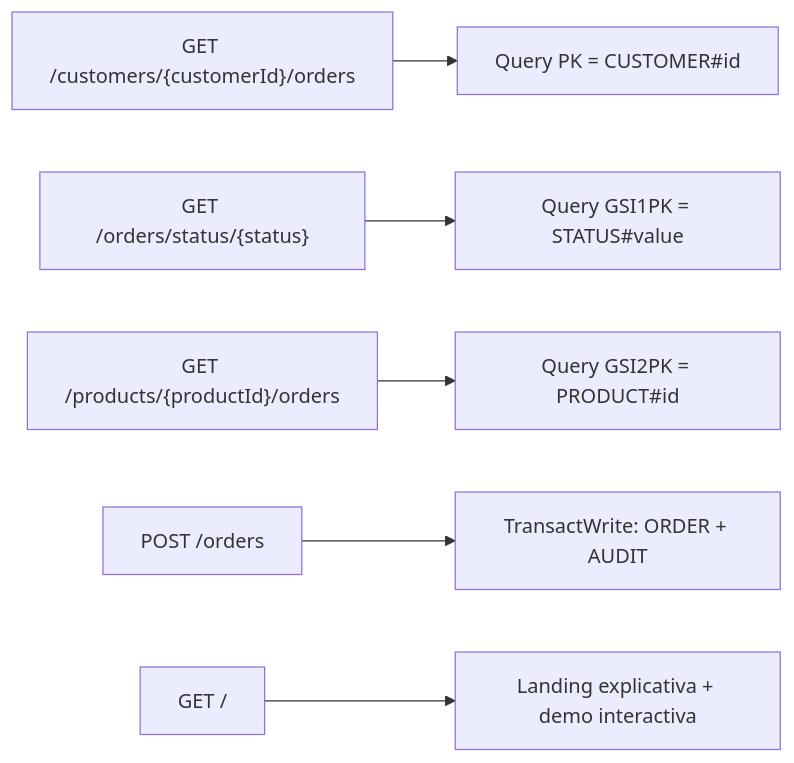
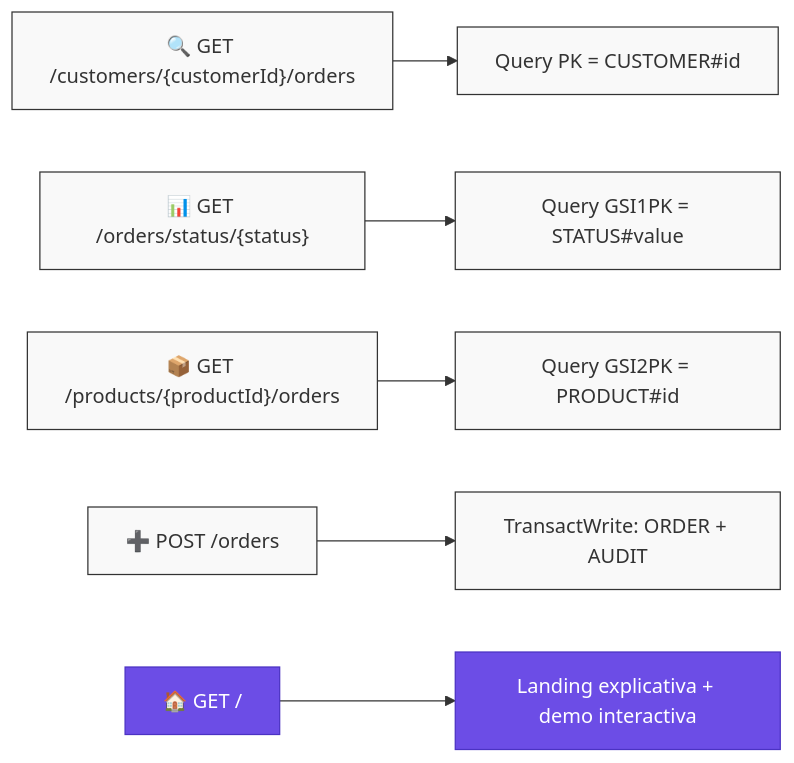
The third of 4 diagrams in caso-e-dynamodb-persistence/docs/architecture.md (vladimiracunadev-create/proyectos-aws), drawn with Mermaid before and after one commit. The commit also changed other lines of this file and 1 other file, not shown here.

````diff
--- a/caso-e-dynamodb-persistence/docs/architecture.md
+++ b/caso-e-dynamodb-persistence/docs/architecture.md
@@ -82,8 +90,12 @@
 ```mermaid
 graph LR
-    A["GET /customers/{customerId}/orders"] --> B["Query PK = CUSTOMER#id"]
-    C["GET /orders/status/{status}"] --> D["Query GSI1PK = STATUS#value"]
-    E["GET /products/{productId}/orders"] --> F["Query GSI2PK = PRODUCT#id"]
-    G["POST /orders"] --> H["TransactWrite: ORDER + AUDIT"]
-    I["GET /"] --> J["Landing explicativa + demo interactiva"]
+    A["🔍 GET /customers/{customerId}/orders"] --> B["Query PK = CUSTOMER#id"]
+    C["📊 GET /orders/status/{status}"] --> D["Query GSI1PK = STATUS#value"]
+    E["📦 GET /products/{productId}/orders"] --> F["Query GSI2PK = PRODUCT#id"]
+    G["➕ POST /orders"] --> H["TransactWrite: ORDER + AUDIT"]
+    I["🏠 GET /"] --> J["Landing explicativa + demo interactiva"]
+
+    classDef default fill:#f9f9f9,stroke:#333,stroke-width:1px;
+    classDef highlight fill:#6C4DE6,color:#fff,stroke:#4B32C3;
+    class I,J highlight;
 ```
````
